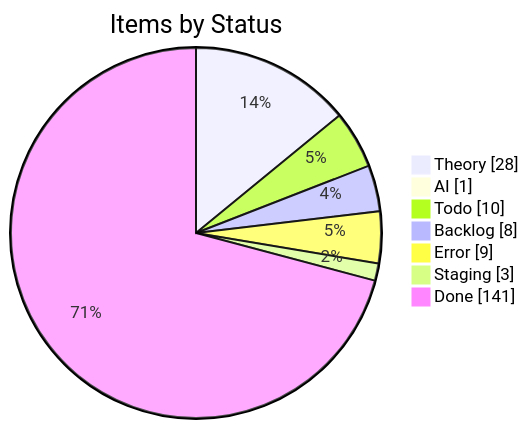
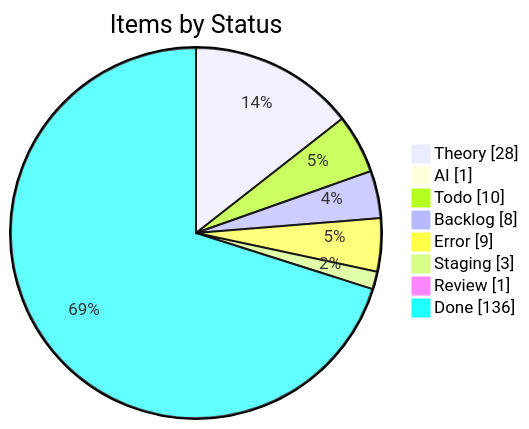
The first of 4 diagrams in apps/kbve/astro-kbve/src/content/docs/dashboard/kanban-data.mdx (KBVE/kbve), drawn with Mermaid before and after one commit. The commit also changed other lines of this file and 8 other files, not shown here.

````diff
--- a/apps/kbve/astro-kbve/src/content/docs/dashboard/kanban-data.mdx
+++ b/apps/kbve/astro-kbve/src/content/docs/dashboard/kanban-data.mdx
@@ -55,11 +55,12 @@
 ```mermaid
 pie showData
     title Items by Status
     "Theory" : 28
     "AI" : 1
     "Todo" : 10
     "Backlog" : 8
     "Error" : 9
     "Staging" : 3
-    "Done" : 141
+    "Review" : 1
+    "Done" : 136
 ```
````
